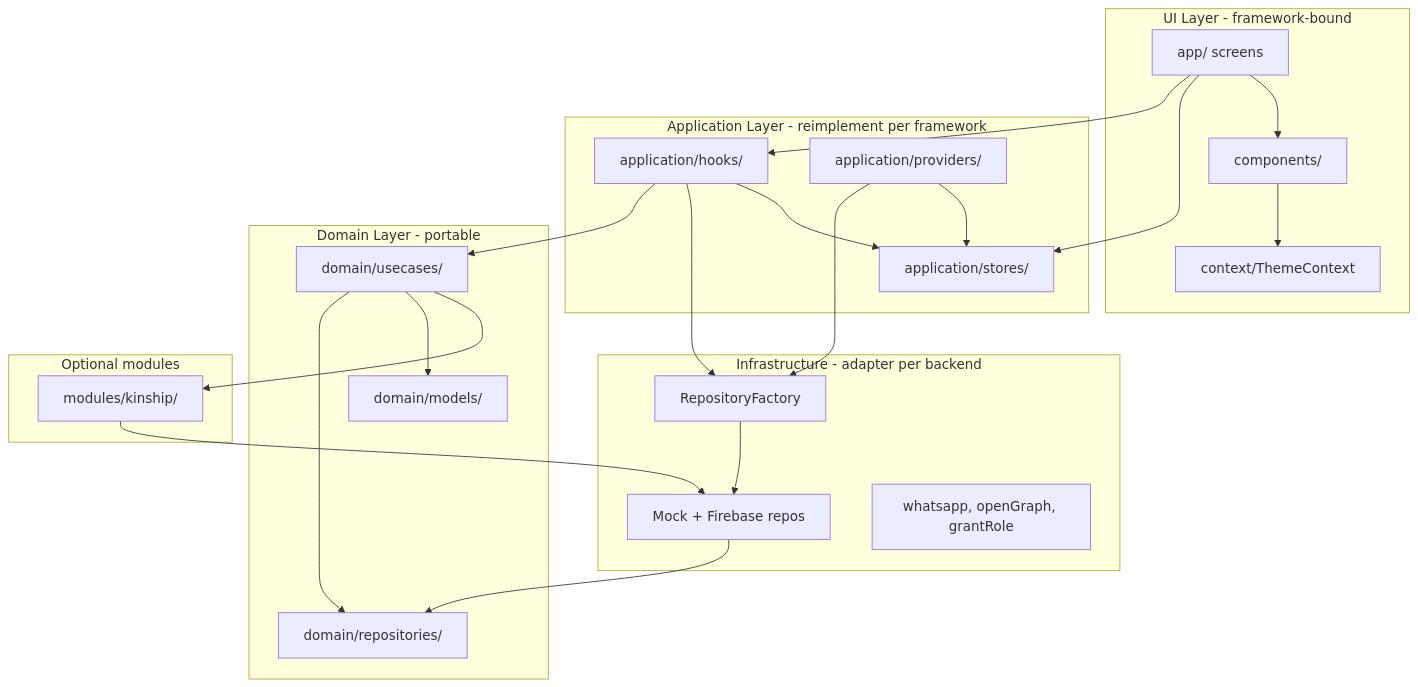
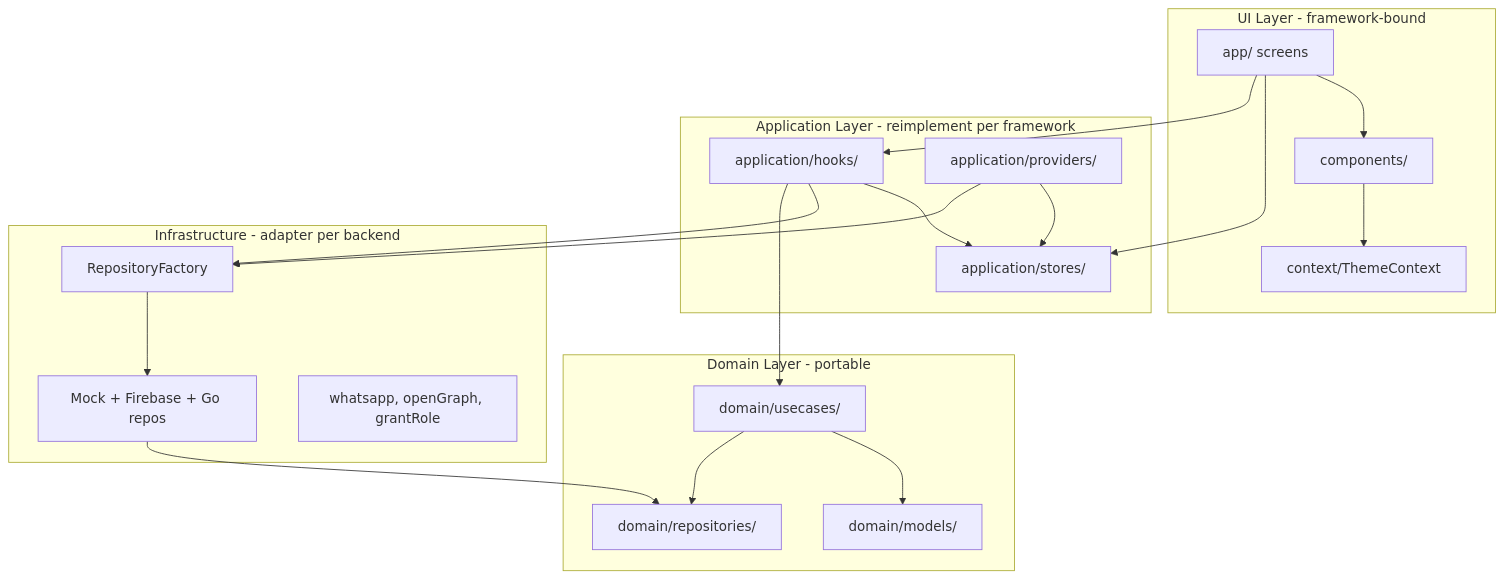
One commit to ansarrnd/community-app changed the first of 3 diagrams in docs/BLUEPRINT/00-ARCHITECTURE.md. Above: the diagram before and after it, drawn with Mermaid. The commit also changed other lines of this file and 46 other files, not shown here.

````diff
--- a/docs/BLUEPRINT/00-ARCHITECTURE.md
+++ b/docs/BLUEPRINT/00-ARCHITECTURE.md
@@ -5,46 +5,40 @@
 ```mermaid
 flowchart TB
   subgraph ui [UI Layer - framework-bound]
     Screens["app/ screens"]
     Components["components/"]
     ThemeCtx["context/ThemeContext"]
   end
 
   subgraph app [Application Layer - reimplement per framework]
     Hooks["application/hooks/"]
     Stores["application/stores/"]
     Providers["application/providers/"]
   end
 
   subgraph domain [Domain Layer - portable]
     Models["domain/models/"]
     UseCases["domain/usecases/"]
     Interfaces["domain/repositories/"]
   end
 
   subgraph infra [Infrastructure - adapter per backend]
     Factory["RepositoryFactory"]
-    Repos["Mock + Firebase repos"]
+    Repos["Mock + Firebase + Go repos"]
     Services["whatsapp, openGraph, grantRole"]
-  end
-
-  subgraph modules [Optional modules]
-    Kinship["modules/kinship/"]
   end
 
   Screens --> Hooks
   Screens --> Stores
   Screens --> Components
   Components --> ThemeCtx
   Providers --> Factory
   Providers --> Stores
   Hooks --> UseCases
   Hooks --> Factory
   Hooks --> Stores
   UseCases --> Interfaces
   UseCases --> Models
-  UseCases --> Kinship
   Factory --> Repos
   Repos --> Interfaces
-  Kinship --> Repos
 ```
````
